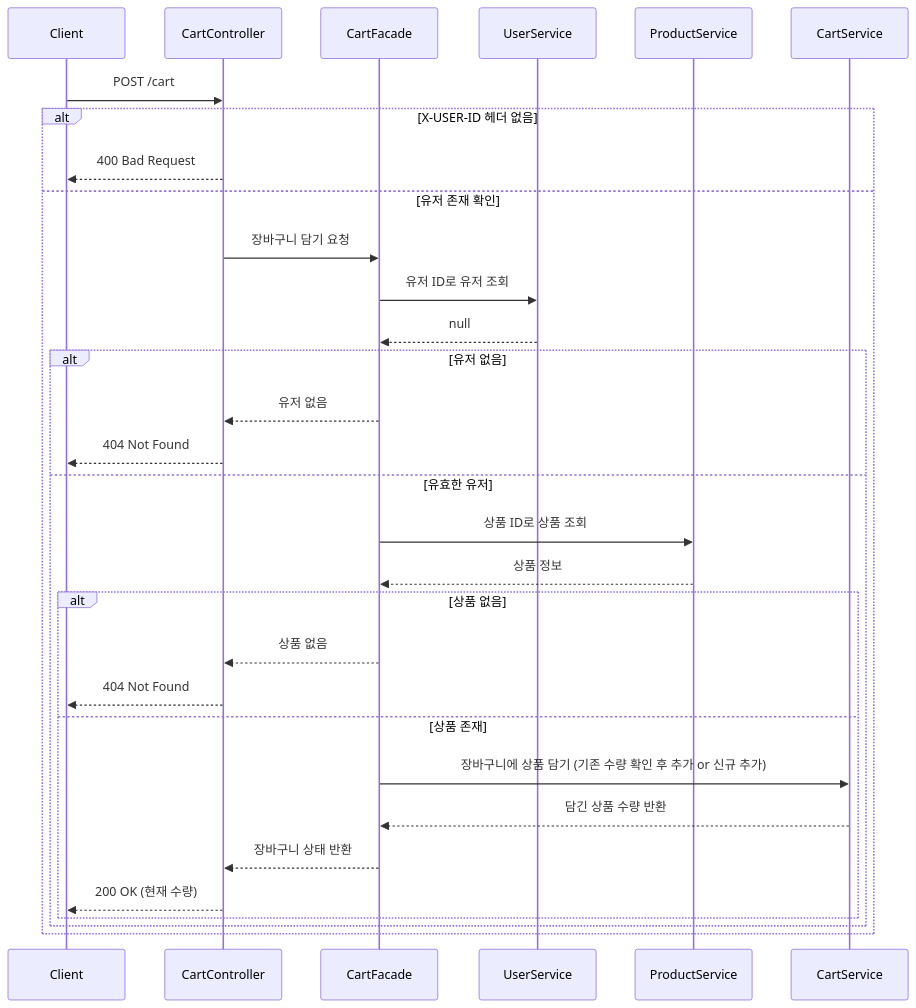
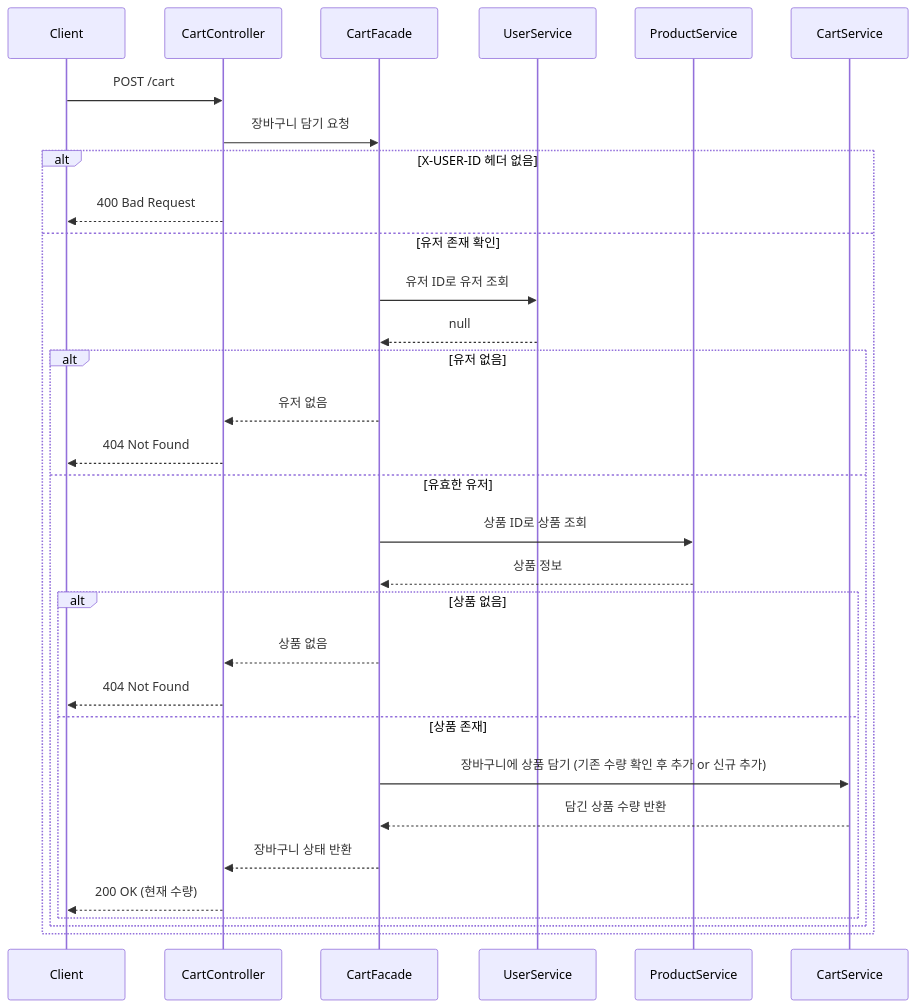
The sixth of 15 diagrams in docs/design/02-sequence-diagrams.md (HYEONMIN94/loopers-spring-kotlin-template), drawn with Mermaid before and after one commit. The commit also changed other lines of this file, not shown here.

````diff
--- a/docs/design/02-sequence-diagrams.md
+++ b/docs/design/02-sequence-diagrams.md
@@ -176,37 +176,37 @@
 ```mermaid
 sequenceDiagram
     participant Client
     participant CartController
     participant CartFacade
     participant UserService
     participant ProductService
     participant CartService
 
     Client->>CartController: POST /cart
+    CartController->>CartFacade: 장바구니 담기 요청
 
     alt X-USER-ID 헤더 없음
         CartController-->>Client: 400 Bad Request
     else 유저 존재 확인
-        CartController->>CartFacade: 장바구니 담기 요청
         CartFacade->>UserService: 유저 ID로 유저 조회
         UserService-->>CartFacade: null
 
         alt 유저 없음
             CartFacade-->>CartController: 유저 없음
             CartController-->>Client: 404 Not Found
         else 유효한 유저
             CartFacade->>ProductService: 상품 ID로 상품 조회
             ProductService-->>CartFacade: 상품 정보
         
             alt 상품 없음
                 CartFacade-->>CartController: 상품 없음
                 CartController-->>Client: 404 Not Found
             else 상품 존재
                 CartFacade->>CartService: 장바구니에 상품 담기 (기존 수량 확인 후 추가 or 신규 추가)
                 CartService-->>CartFacade: 담긴 상품 수량 반환
                 CartFacade-->>CartController: 장바구니 상태 반환
                 CartController-->>Client: 200 OK (현재 수량)
             end
         end
     end
 ```
````
